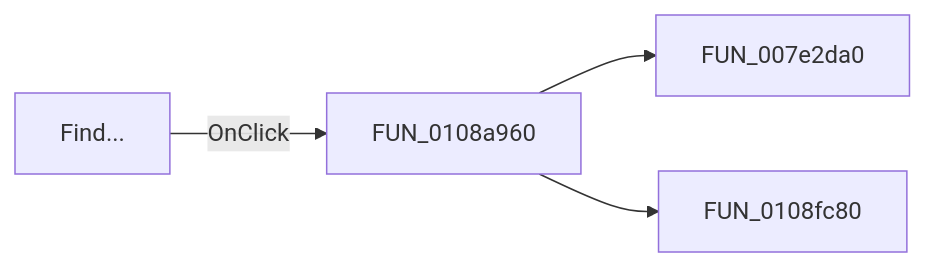
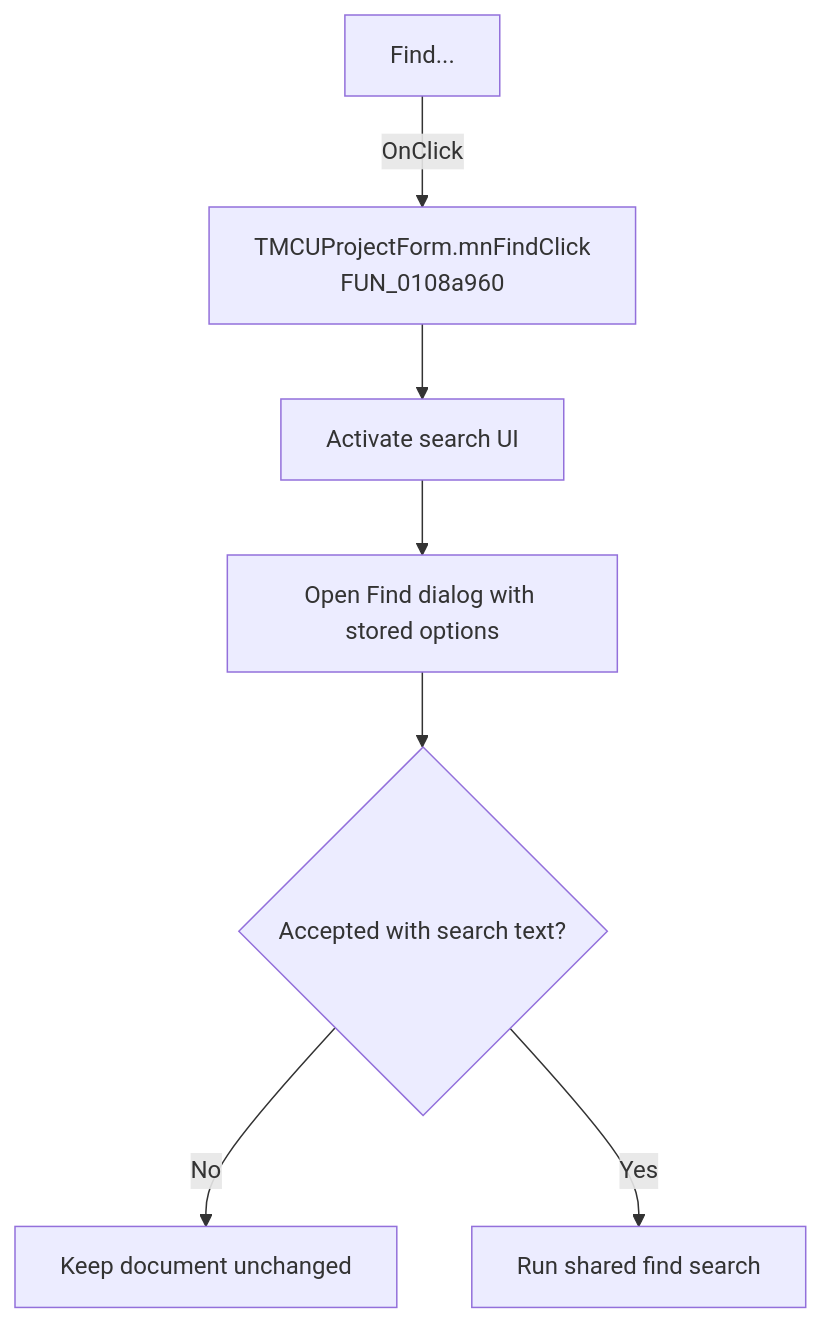
Before and after one commit to MovGP0/TIARA: the diagram in docs/ui-controls/mcuprojectform/mnfind-b87be1e2ec.md, drawn with Mermaid. The commit also changed other lines of this file and 1062 other files, not shown here.

````diff
--- a/docs/ui-controls/mcuprojectform/mnfind-b87be1e2ec.md
+++ b/docs/ui-controls/mcuprojectform/mnfind-b87be1e2ec.md
@@ -27,6 +27,9 @@
 ```mermaid
-flowchart LR
-    control["Find..."] -->|OnClick| handler["FUN_0108a960"]
-    handler --> call1["FUN_007e2da0"]
-    handler --> call2["FUN_0108fc80"]
+flowchart TD
+    control["Find..."] -->|OnClick| handler["TMCUProjectForm.mnFindClick<br/>FUN_0108a960"]
+    handler --> activate["Activate search UI"]
+    activate --> dialog["Open Find dialog with stored options"]
+    dialog --> accepted{"Accepted with search text?"}
+    accepted -->|No| noOp["Keep document unchanged"]
+    accepted -->|Yes| search["Run shared find search"]
 ```
````
